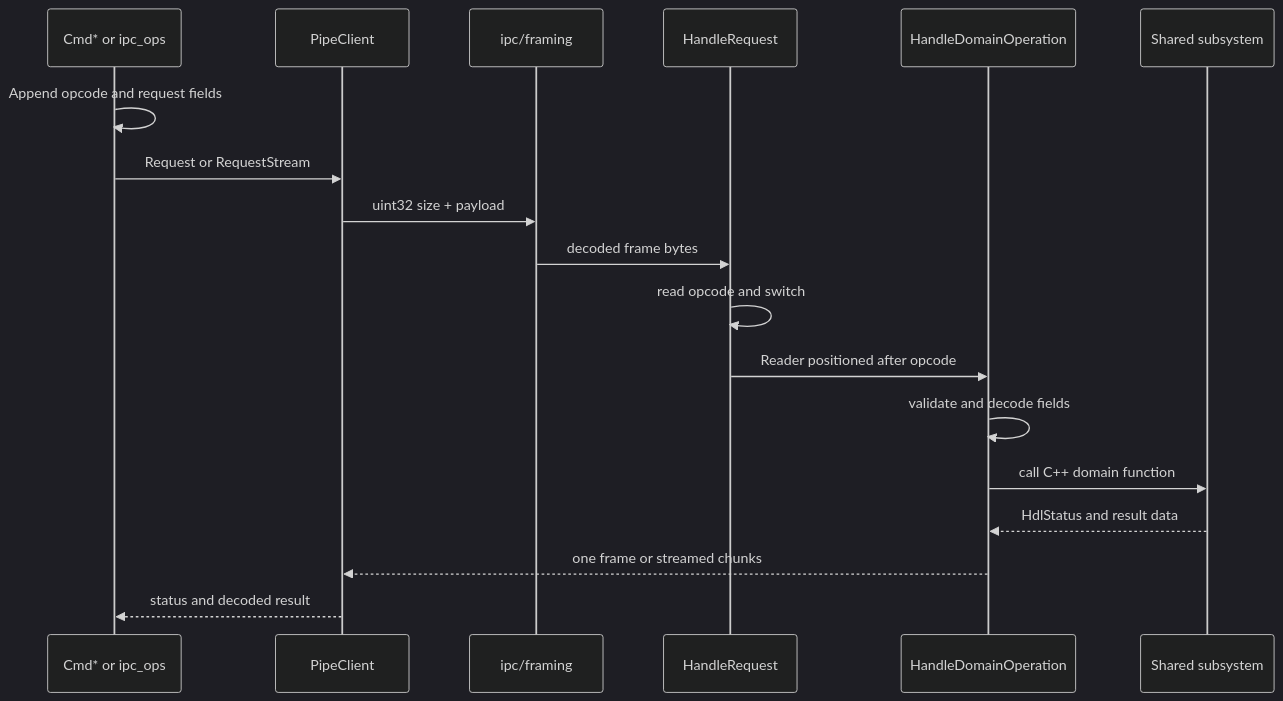
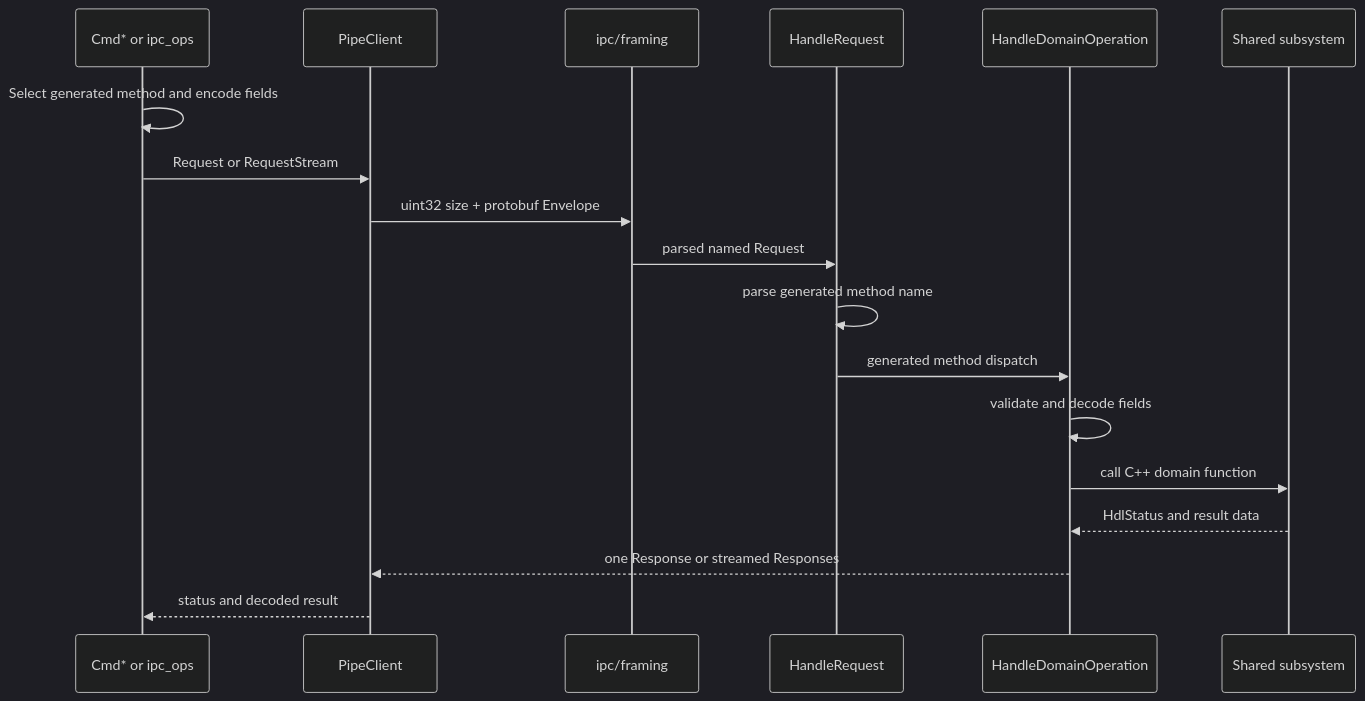
The fourth of 7 diagrams in docs/architecture.md (random-things/hdllib-ng), drawn with Mermaid (dark theme) before and after one commit. The commit also changed other lines of this file and 71 other files, not shown here.

````diff
--- a/docs/architecture.md
+++ b/docs/architecture.md
@@ -135,21 +135,21 @@
 ```mermaid
 sequenceDiagram
     participant Cmd as Cmd* or ipc_ops
     participant PC as PipeClient
     participant Frame as ipc/framing
     participant Dispatch as HandleRequest
     participant Handler as HandleDomainOperation
     participant Domain as Shared subsystem
 
-    Cmd->>Cmd: Append opcode and request fields
+    Cmd->>Cmd: Select generated method and encode fields
     Cmd->>PC: Request or RequestStream
-    PC->>Frame: uint32 size + payload
-    Frame->>Dispatch: decoded frame bytes
-    Dispatch->>Dispatch: read opcode and switch
-    Dispatch->>Handler: Reader positioned after opcode
+    PC->>Frame: uint32 size + protobuf Envelope
+    Frame->>Dispatch: parsed named Request
+    Dispatch->>Dispatch: parse generated method name
+    Dispatch->>Handler: generated method dispatch
     Handler->>Handler: validate and decode fields
     Handler->>Domain: call C++ domain function
     Domain-->>Handler: HdlStatus and result data
-    Handler-->>PC: one frame or streamed chunks
+    Handler-->>PC: one Response or streamed Responses
     PC-->>Cmd: status and decoded result
 ```
````
